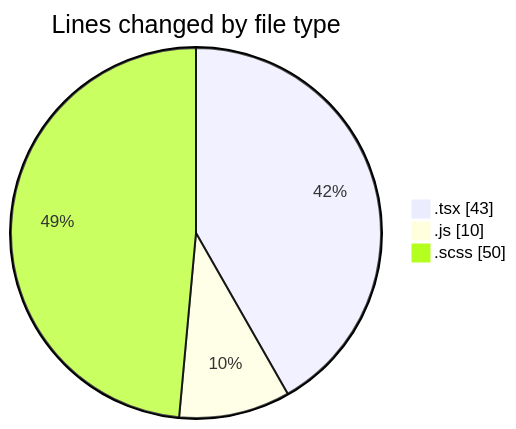
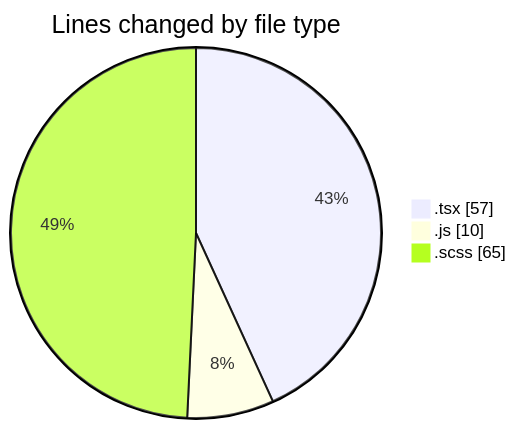
One commit to momahboobian/code-tracking changed the first of 2 diagrams in 2026-08-25/cda/README.md. Above: the diagram before and after it, drawn with Mermaid. The commit also changed other lines of this file and 1 other file, not shown here.

````diff
--- a/2026-08-25/cda/README.md
+++ b/2026-08-25/cda/README.md
@@ -24,7 +24,7 @@
 ```mermaid
 pie showData
 title Lines changed by file type
-".tsx" : 43
+".tsx" : 57
 ".js" : 10
-".scss" : 50
+".scss" : 65
 ```
````
